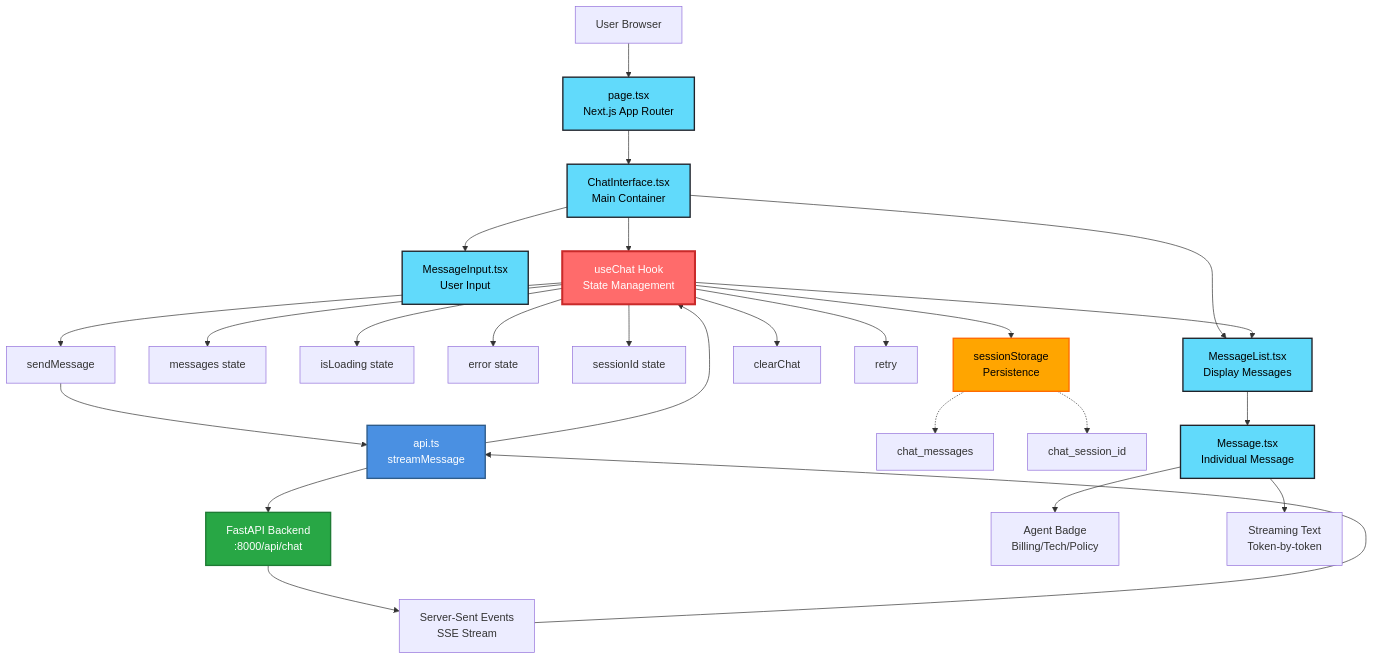
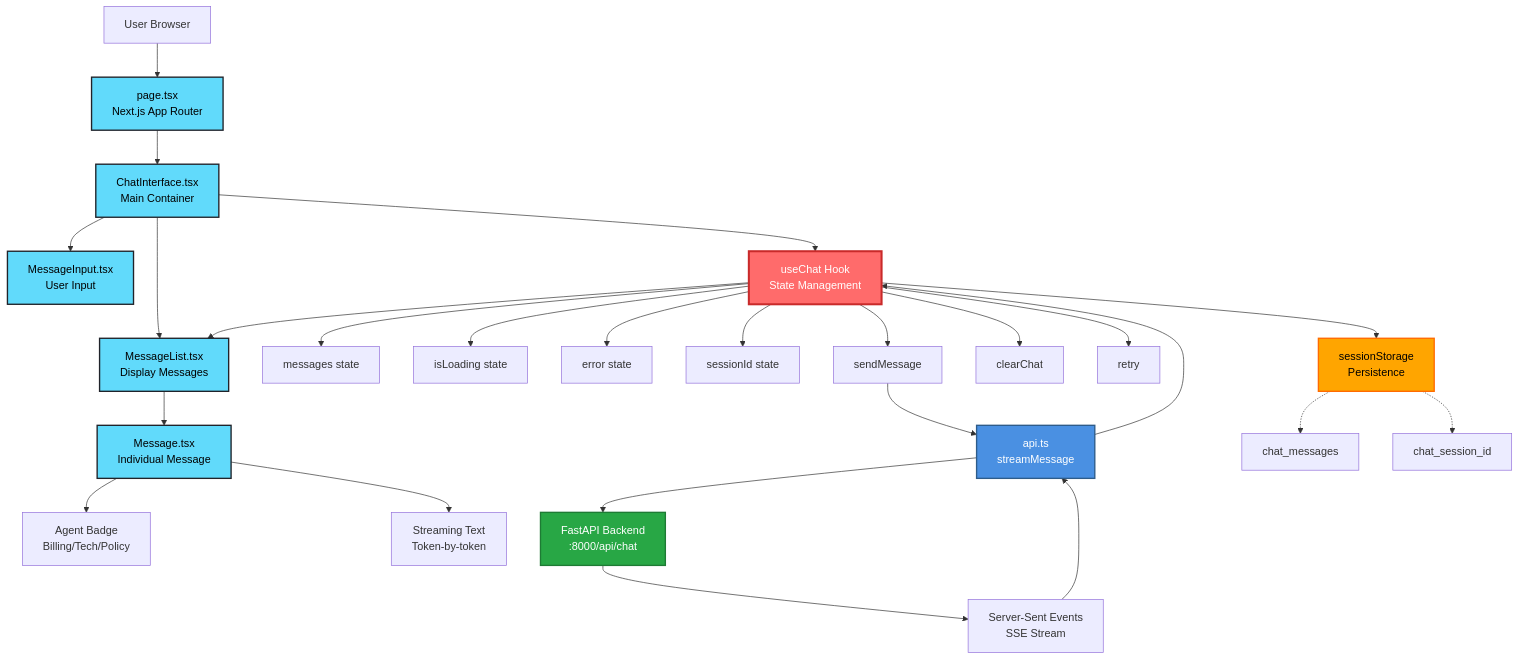
One commit to fly2safa/multi-agent-customer-service changed the second of 2 diagrams in README.md. Above: the diagram before and after it, drawn with Mermaid.

Commit message:
docs: improve SSE arrow routing in frontend diagram
- Reordered node definitions to fix arrow path from SSE to api.ts

- Moved Message.tsx components before API flow section

- SSE -> api.ts arrow now routes directly upward

- Eliminates unnecessary looping around other nodes

````diff
--- a/README.md
+++ b/README.md
@@ -75,46 +75,45 @@
 ```mermaid
 graph TB
     A[User Browser] --> B[page.tsx<br/>Next.js App Router]
     B --> C[ChatInterface.tsx<br/>Main Container]
     
     C --> D[MessageList.tsx<br/>Display Messages]
     C --> E[MessageInput.tsx<br/>User Input]
     
     C --> F[useChat Hook<br/>State Management]
     
     F --> G[messages state]
     F --> H[isLoading state]
     F --> I[error state]
     F --> J[sessionId state]
     
     F --> K[sendMessage]
     F --> L[clearChat]
     F --> M[retry]
     
     F --> D
     
+    D --> T[Message.tsx<br/>Individual Message]
+    T --> U[Agent Badge<br/>Billing/Tech/Policy]
+    T --> V[Streaming Text<br/>Token-by-token]
+    
     K --> N[api.ts<br/>streamMessage]
     N --> O[FastAPI Backend<br/>:8000/api/chat]
-    
     O --> P[Server-Sent Events<br/>SSE Stream]
     P --> N
     N --> F
     
     F --> Q[sessionStorage<br/>Persistence]
     Q -.-> R[chat_messages]
     Q -.-> S[chat_session_id]
-    
-    D --> T[Message.tsx<br/>Individual Message]
-    T --> U[Agent Badge<br/>Billing/Tech/Policy]
-    T --> V[Streaming Text<br/>Token-by-token]
     
     style B fill:#61DAFB,stroke:#20232A,stroke-width:2px,color:#000
     style C fill:#61DAFB,stroke:#20232A,stroke-width:2px,color:#000
     style D fill:#61DAFB,stroke:#20232A,stroke-width:2px,color:#000
     style E fill:#61DAFB,stroke:#20232A,stroke-width:2px,color:#000
     style F fill:#FF6B6B,stroke:#C92A2A,stroke-width:3px,color:#FFF
     style N fill:#4A90E2,stroke:#2E5C8A,stroke-width:2px,color:#FFF
     style O fill:#28A745,stroke:#1E7B34,stroke-width:2px,color:#FFF
     style Q fill:#FFA500,stroke:#FF6B00,stroke-width:2px,color:#000
     style T fill:#61DAFB,stroke:#20232A,stroke-width:2px,color:#000
 ```
````
